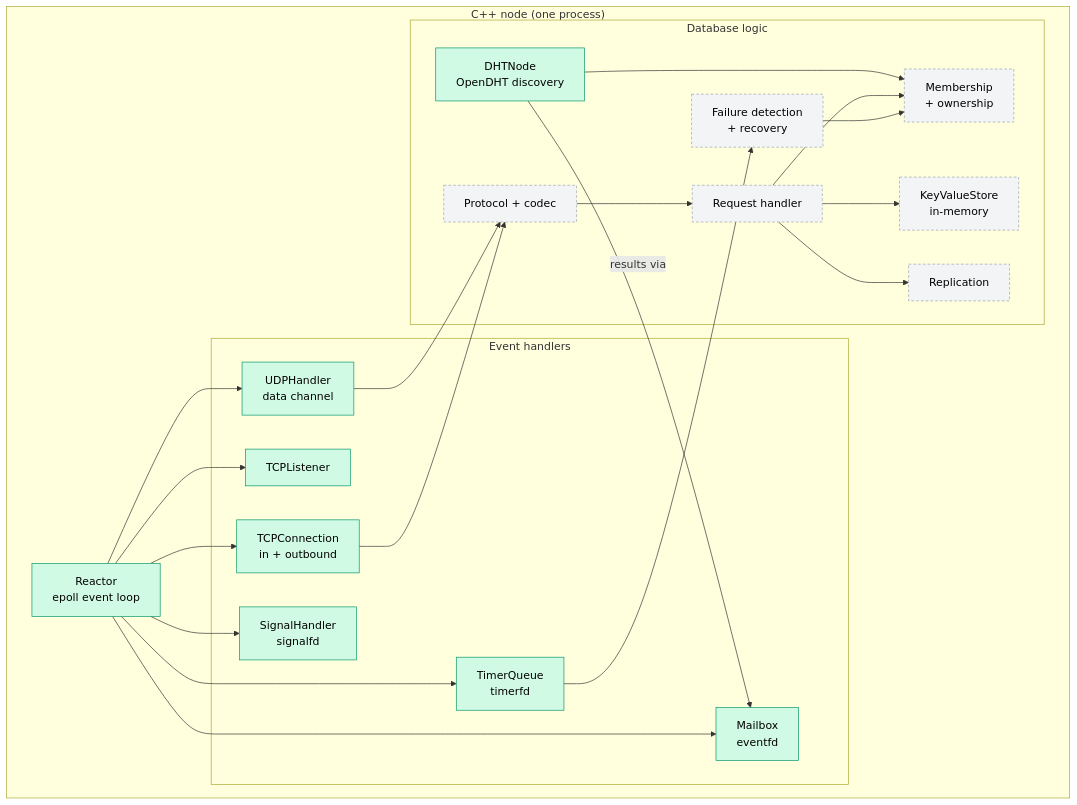
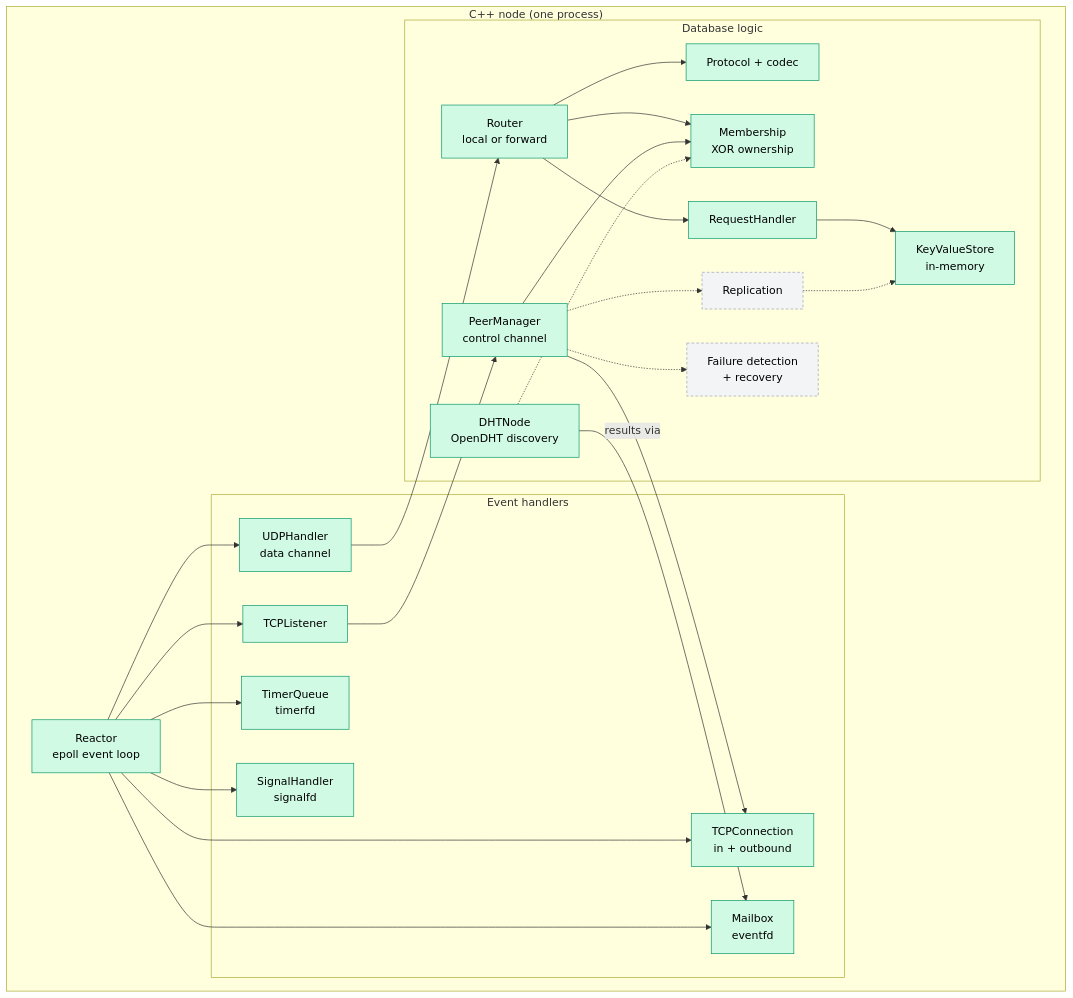
One commit to vasilev-anri/distributed_key-value_database changed the second of 4 diagrams in README.md. Above: the diagram before and after it, drawn with Mermaid. The commit also changed other lines of this file, not shown here.

````diff
--- a/README.md
+++ b/README.md
@@ -66,47 +65,52 @@
 ```mermaid
 flowchart TB
     subgraph Node["C++ node (one process)"]
         R["Reactor<br/>epoll event loop"]
 
         subgraph Transport["Event handlers"]
             UDP["UDPHandler<br/>data channel"]
             TL["TCPListener"]
             TC["TCPConnection<br/>in + outbound"]
             TQ["TimerQueue<br/>timerfd"]
             MB["Mailbox<br/>eventfd"]
             SIG["SignalHandler<br/>signalfd"]
         end
 
         subgraph Logic["Database logic"]
+            CODEC["Protocol + codec"]
+            ROUTER["Router<br/>local or forward"]
+            RH["RequestHandler"]
+            KV["KeyValueStore<br/>in-memory"]
+            MEM["Membership<br/>XOR ownership"]
+            PEERS["PeerManager<br/>control channel"]
             DHT["DHTNode<br/>OpenDHT discovery"]
-            MEM["Membership<br/>+ ownership"]
-            CODEC["Protocol + codec"]
-            RH["Request handler"]
-            KV["KeyValueStore<br/>in-memory"]
             REP["Replication"]
             FD["Failure detection<br/>+ recovery"]
         end
 
         R --> UDP
         R --> TL
         R --> TC
         R --> TQ
         R --> MB
         R --> SIG
+        UDP --> ROUTER
+        ROUTER --> CODEC
+        ROUTER --> MEM
+        ROUTER --> RH
+        RH --> KV
+        TL --> PEERS
+        PEERS --> TC
+        PEERS --> MEM
         DHT -- "results via" --> MB
-        DHT --> MEM
-        UDP --> CODEC
-        TC --> CODEC
-        CODEC --> RH
-        RH --> MEM
-        RH --> KV
-        RH --> REP
-        TQ --> FD
-        FD --> MEM
+        DHT -.-> MEM
+        PEERS -.-> REP
+        PEERS -.-> FD
+        REP -.-> KV
     end
 
     classDef done fill:#d1fae5,stroke:#059669,color:#000
     classDef todo fill:#f3f4f6,stroke:#9ca3af,color:#000,stroke-dasharray: 4 3
-    class R,UDP,TL,TC,TQ,MB,SIG,DHT done
-    class MEM,CODEC,RH,KV,REP,FD todo
+    class R,UDP,TL,TC,TQ,MB,SIG,CODEC,ROUTER,RH,KV,MEM,PEERS,DHT done
+    class REP,FD todo
 ```
````
